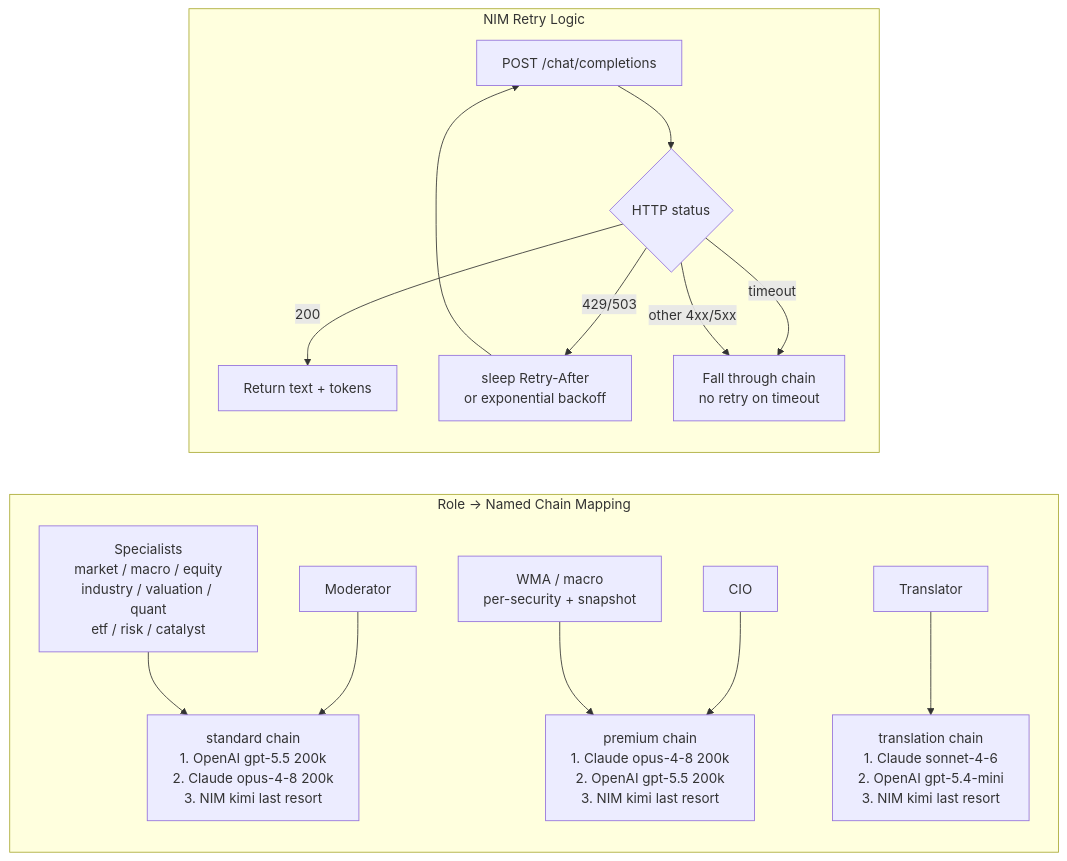
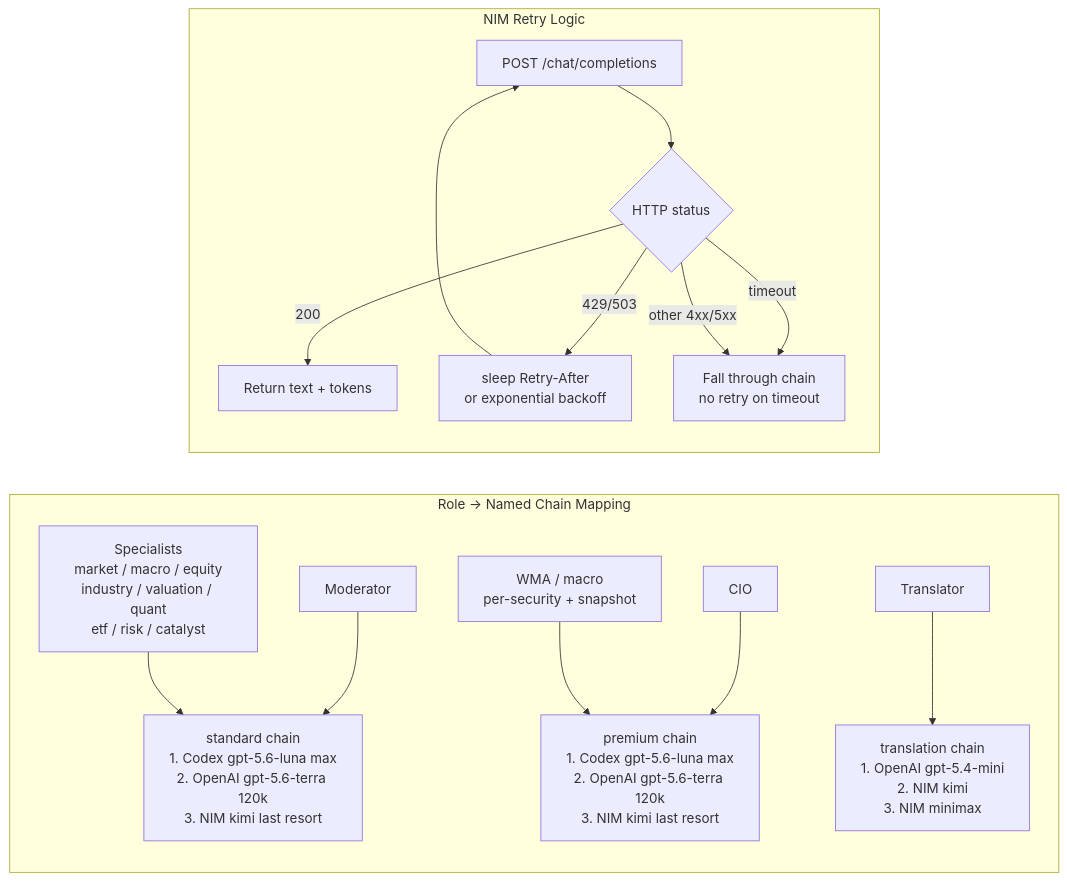
One commit to cloudaipro/CIOAgent changed the third of 5 diagrams in docs/committee-wma-architecture.md. Above: the diagram before and after it, drawn with Mermaid. The commit also changed other lines of this file and 25 other files, not shown here.

````diff
--- a/docs/committee-wma-architecture.md
+++ b/docs/committee-wma-architecture.md
@@ -279,25 +280,25 @@
 ```mermaid
 flowchart LR
     subgraph Roles["Role → Named Chain Mapping"]
         SPEC_ROLES["Specialists\nmarket / macro / equity\nindustry / valuation / quant\netf / risk / catalyst"] --> STD_CHAIN
         MOD_ROLE["Moderator"] --> STD_CHAIN
 
-        STD_CHAIN["standard chain\n1. OpenAI gpt-5.5 200k\n2. Claude opus-4-8 200k\n3. NIM kimi last resort"]
+        STD_CHAIN["standard chain\n1. Codex gpt-5.6-luna max\n2. OpenAI gpt-5.6-terra 120k\n3. NIM kimi last resort"]
 
         WMA_ROLE["WMA / macro\nper-security + snapshot"] --> PREM_CHAIN
         CIO_ROLE["CIO"] --> PREM_CHAIN
 
-        PREM_CHAIN["premium chain\n1. Claude opus-4-8 200k\n2. OpenAI gpt-5.5 200k\n3. NIM kimi last resort"]
+        PREM_CHAIN["premium chain\n1. Codex gpt-5.6-luna max\n2. OpenAI gpt-5.6-terra 120k\n3. NIM kimi last resort"]
 
-        TRANS_ROLE["Translator"] --> TRANS_CHAIN["translation chain\n1. Claude sonnet-4-6\n2. OpenAI gpt-5.4-mini\n3. NIM kimi last resort"]
+        TRANS_ROLE["Translator"] --> TRANS_CHAIN["translation chain\n1. OpenAI gpt-5.4-mini\n2. NIM kimi\n3. NIM minimax"]
     end
 
     subgraph Retry["NIM Retry Logic"]
         NIM_POST["POST /chat/completions"] --> HTTP_CODE{HTTP status}
         HTTP_CODE -- 200 --> SUCCESS["Return text + tokens"]
         HTTP_CODE -- "429/503" --> WAIT["sleep Retry-After\nor exponential backoff"]
         WAIT --> NIM_POST
         HTTP_CODE -- timeout --> FALL["Fall through chain\nno retry on timeout"]
         HTTP_CODE -- "other 4xx/5xx" --> FALL
     end
 ```
````
